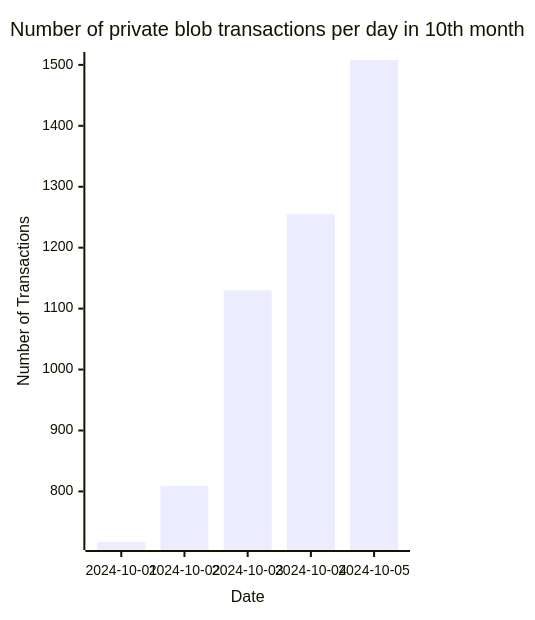
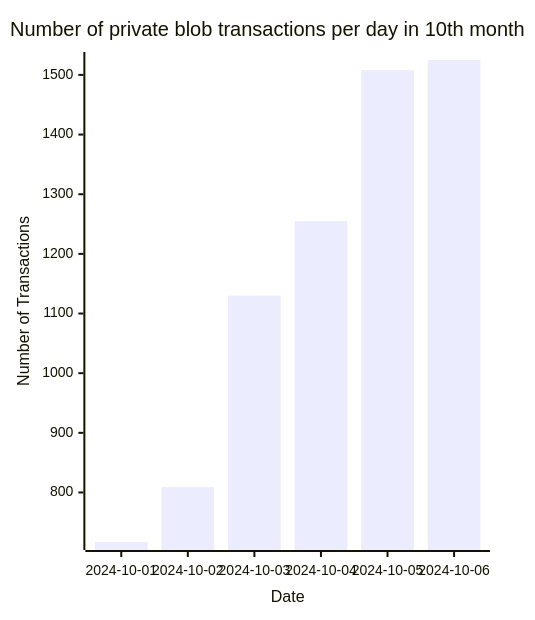
One commit to Amit0617/eip4844-data changed the eighth of 8 diagrams in README.md. Above: the diagram before and after it, drawn with Mermaid. The commit also changed 1 other file, not shown here.

````diff
--- a/README.md
+++ b/README.md
@@ -92,12 +92,12 @@
 ```mermaid
 ---
 config:
     xyChart:
-        width: 400
+        width: 480
         height: 600
 ---
 xychart-beta title "Number of private blob transactions per day in 10th month"
-x-axis "Date" [2024-10-01,2024-10-02,2024-10-03,2024-10-04,2024-10-05]
+x-axis "Date" [2024-10-01,2024-10-02,2024-10-03,2024-10-04,2024-10-05,2024-10-06]
 y-axis "Number of Transactions"
-bar[717,809,1130,1255,1508]
+bar[717,809,1130,1255,1508,1525]
 ```
````
